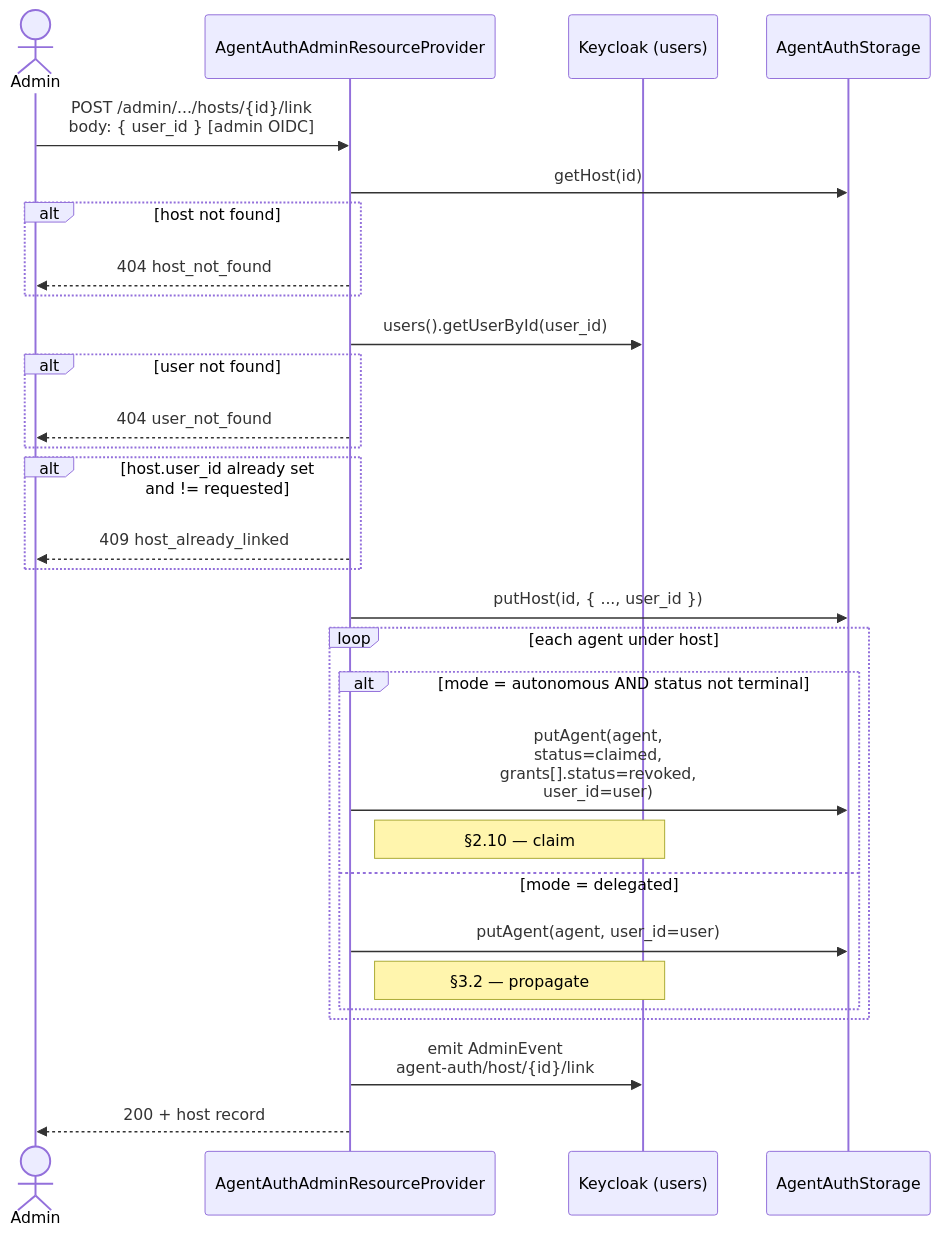
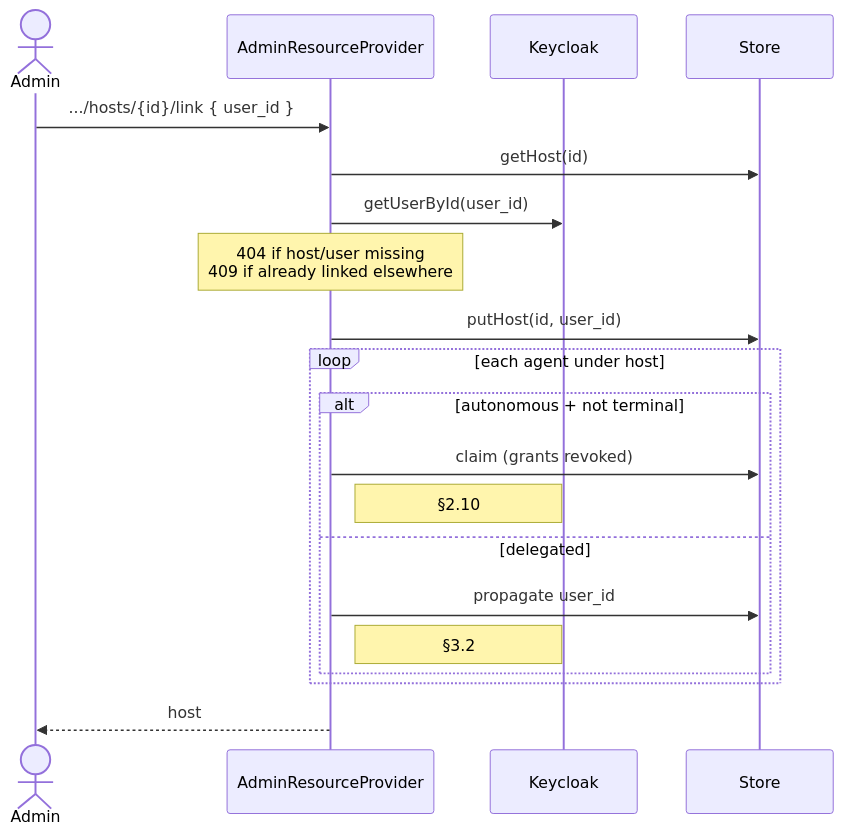
Before and after one commit to chenhunghan/keycloak-agent-auth: the third of 4 diagrams in docs/architecture.md, drawn with Mermaid. The commit also changed other lines of this file, not shown here.

````diff
--- a/docs/architecture.md
+++ b/docs/architecture.md
@@ -123,35 +122,25 @@
 ```mermaid
 sequenceDiagram
     actor Admin
-    participant Ext as AgentAuthAdminResourceProvider
-    participant KC as Keycloak (users)
-    participant Store as AgentAuthStorage
+    participant Ext as AdminResourceProvider
+    participant KC as Keycloak
+    participant Store
 
-    Admin->>Ext: POST /admin/.../hosts/{id}/link<br/>body: { user_id }  [admin OIDC]
+    Admin->>Ext: .../hosts/{id}/link { user_id }
     Ext->>Store: getHost(id)
-    alt host not found
-        Ext-->>Admin: 404 host_not_found
-    end
-    Ext->>KC: users().getUserById(user_id)
-    alt user not found
-        Ext-->>Admin: 404 user_not_found
-    end
-    alt host.user_id already set<br/>and != requested
-        Ext-->>Admin: 409 host_already_linked
-    end
-
-    Ext->>Store: putHost(id, { ..., user_id })
+    Ext->>KC: getUserById(user_id)
+    Note over Ext: 404 if host/user missing<br/>409 if already linked elsewhere
+    Ext->>Store: putHost(id, user_id)
 
     loop each agent under host
-        alt mode = autonomous AND status not terminal
-            Ext->>Store: putAgent(agent,<br/>status=claimed,<br/>grants[].status=revoked,<br/>user_id=user)
-            Note right of Ext: §2.10 — claim
-        else mode = delegated
-            Ext->>Store: putAgent(agent, user_id=user)
-            Note right of Ext: §3.2 — propagate
+        alt autonomous + not terminal
+            Ext->>Store: claim (grants revoked)
+            Note right of Ext: §2.10
+        else delegated
+            Ext->>Store: propagate user_id
+            Note right of Ext: §3.2
         end
     end
 
-    Ext->>KC: emit AdminEvent<br/>agent-auth/host/{id}/link
-    Ext-->>Admin: 200 + host record
+    Ext-->>Admin: host
 ```
````
